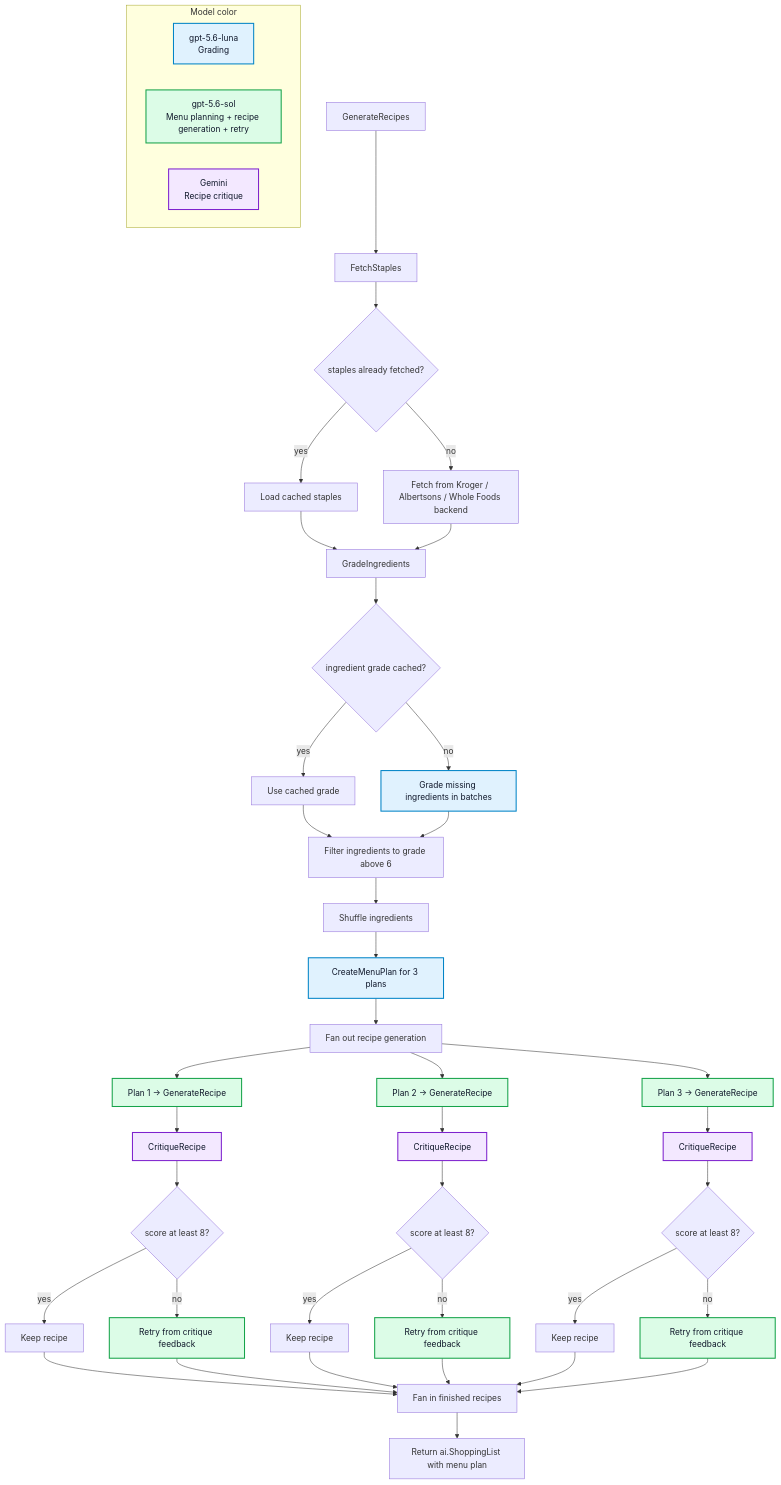
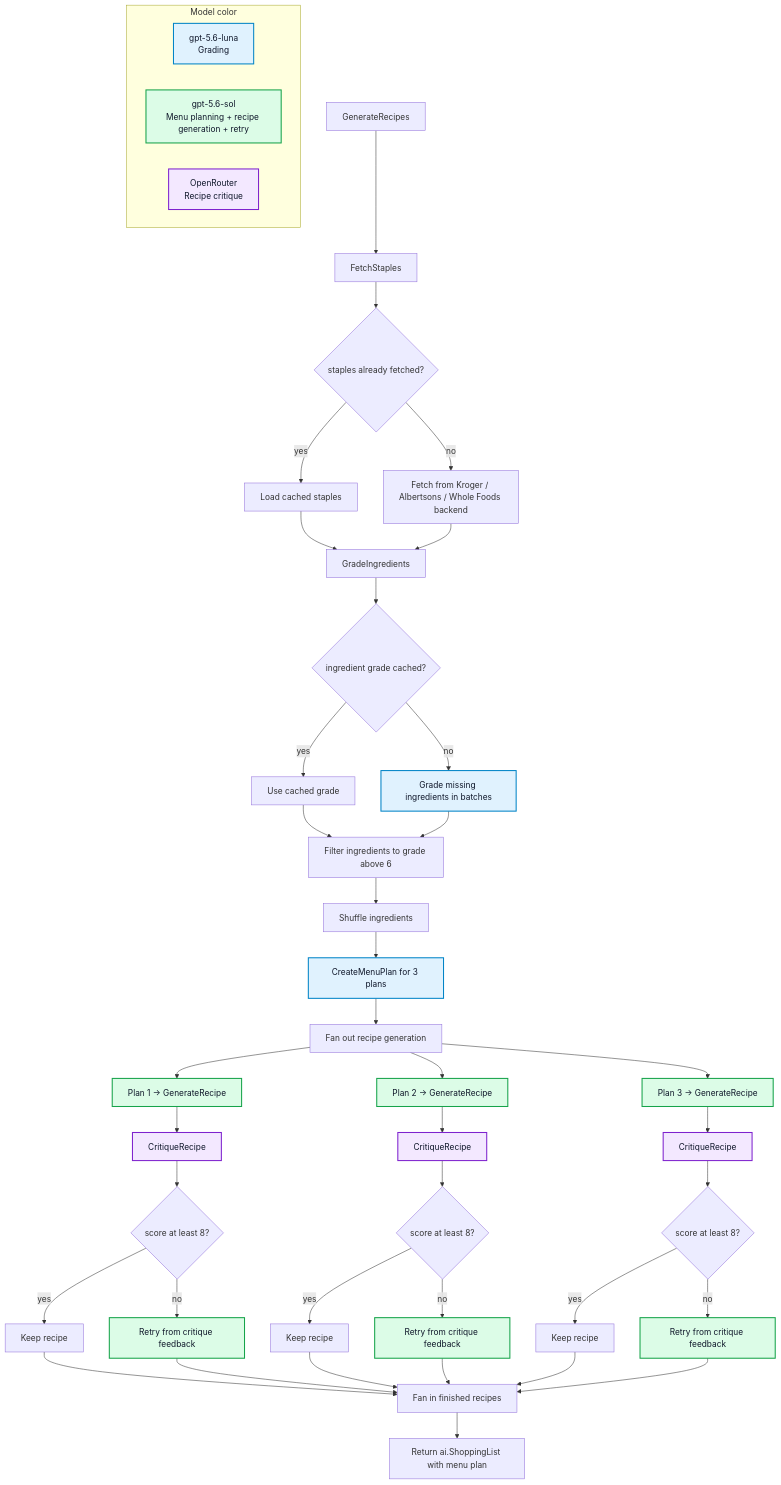
One commit to paulgmiller/careme changed the diagram in docs/recipe-generation-walkthrough.md. Above: the diagram before and after it, drawn with Mermaid. The commit also changed other lines of this file and 13 other files, not shown here.

Commit message:
open router critique

````diff
--- a/docs/recipe-generation-walkthrough.md
+++ b/docs/recipe-generation-walkthrough.md
@@ -7,62 +7,62 @@
 ```mermaid
 flowchart TD
     subgraph Legend["Model color"]
         MiniLegend["gpt-5.6-luna<br/>Grading"]
         GPT5Legend["gpt-5.6-sol<br/>Menu planning + recipe generation + retry"]
-        GeminiLegend["Gemini<br/>Recipe critique"]
+        OpenRouterLegend["OpenRouter<br/>Recipe critique"]
     end
 
     A["GenerateRecipes"] --> B["FetchStaples"]
     B --> C{"staples already fetched?"}
     C -- "yes" --> D["Load cached staples"]
     C -- "no" --> E["Fetch from Kroger / Albertsons / Whole Foods backend"]
     E --> G["GradeIngredients"]
     D --> G
 
     G --> H{"ingredient grade cached?"}
     H -- "yes" --> I["Use cached grade"]
     H -- "no" --> J["Grade missing ingredients in batches"]
     I --> L["Filter ingredients to grade above 6"]
     J --> L
 
     L --> M["Shuffle ingredients"]
     M --> N["CreateMenuPlan for 3 plans"]
     N --> O["Fan out recipe generation"]
 
     O --> P1["Plan 1 -> GenerateRecipe"]
     O --> P2["Plan 2 -> GenerateRecipe"]
     O --> P3["Plan 3 -> GenerateRecipe"]
 
     P1 --> R1["CritiqueRecipe"]
     P2 --> R2["CritiqueRecipe"]
     P3 --> R3["CritiqueRecipe"]
 
     R1 --> S1{"score at least 8?"}
     R2 --> S2{"score at least 8?"}
     R3 --> S3{"score at least 8?"}
 
     S1 -- "yes" --> T1["Keep recipe"]
     S2 -- "yes" --> T2["Keep recipe"]
     S3 -- "yes" --> T3["Keep recipe"]
 
     S1 -- "no" --> U1["Retry from critique feedback"]
     S2 -- "no" --> U2["Retry from critique feedback"]
     S3 -- "no" --> U3["Retry from critique feedback"]
 
     T1 --> W["Fan in finished recipes"]
     T2 --> W
     T3 --> W
     U1 --> W
     U2 --> W
     U3 --> W
 
     W --> X["Return ai.ShoppingList with menu plan"]
 
     classDef mini fill:#e0f2fe,stroke:#0284c7,color:#0f172a,stroke-width:2px
     classDef gpt5 fill:#dcfce7,stroke:#16a34a,color:#0f172a,stroke-width:2px
-    classDef gemini fill:#f3e8ff,stroke:#7e22ce,color:#0f172a,stroke-width:2px
+    classDef openrouter fill:#f3e8ff,stroke:#7e22ce,color:#0f172a,stroke-width:2px
 
     class MiniLegend,J,N mini
     class GPT5Legend,P1,P2,P3,U1,U2,U3 gpt5
-    class GeminiLegend,R1,R2,R3 gemini
+    class OpenRouterLegend,R1,R2,R3 openrouter
 ```
````
